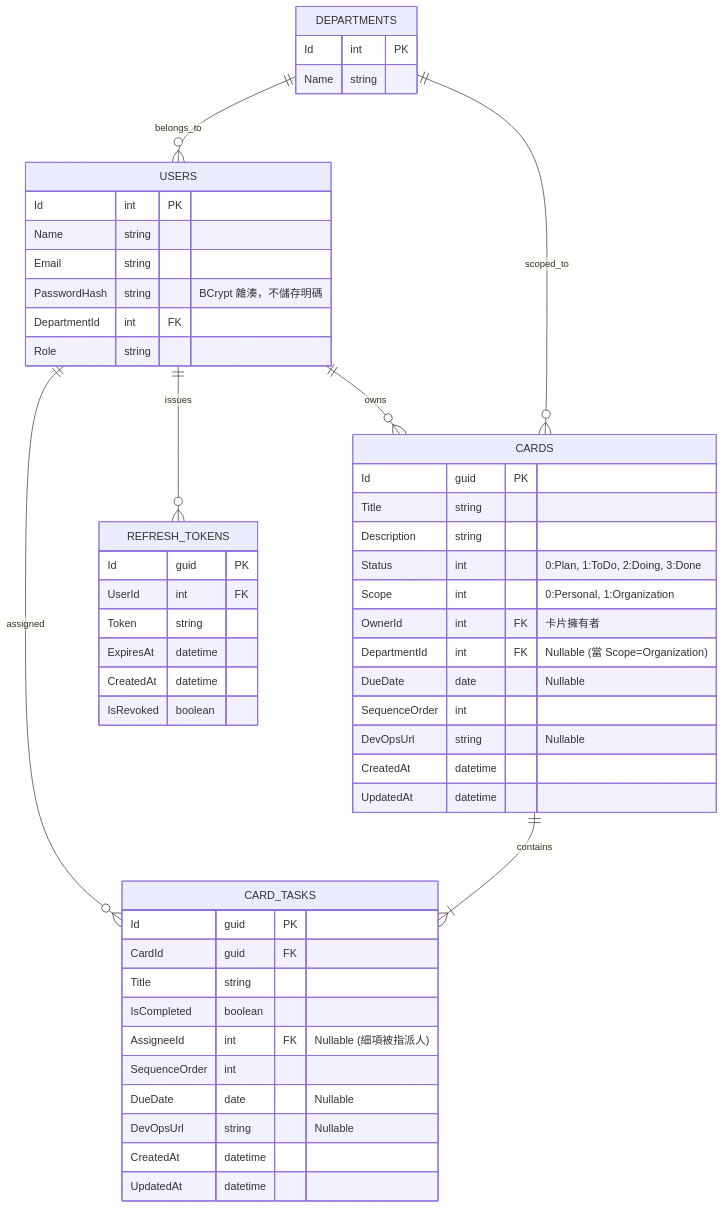
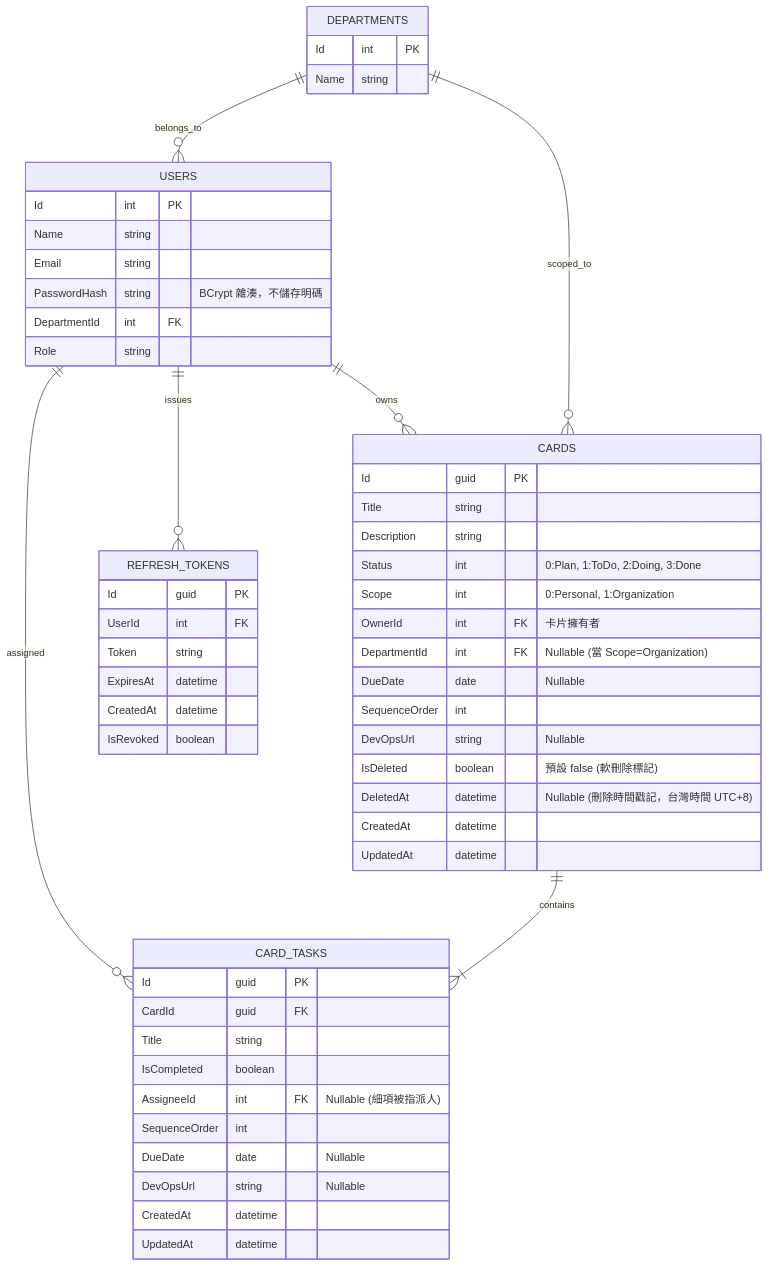
Before and after one commit to JamesFu168/Dashboard: the second of 2 diagrams in kanban_system_architecture_plan.md, drawn with Mermaid. The commit also changed other lines of this file and 2 other files, not shown here.

Commit message:
feat: 在 CARDS 資料表中新增 IsDeleted 與 DeletedAt 欄位以支援軟刪除功能 feat: 更新實作計畫，加入軟刪除與回收桶相關 API 端點 docs: 更新系統架構規劃書，加入軟刪除與回收桶功能的說明

````diff
--- a/kanban_system_architecture_plan.md
+++ b/kanban_system_architecture_plan.md
@@ -45,61 +51,63 @@
 ```mermaid
 erDiagram
     USERS ||--o{ CARDS : owns
     USERS ||--o{ CARD_TASKS : assigned
     DEPARTMENTS ||--o{ USERS : belongs_to
     DEPARTMENTS ||--o{ CARDS : scoped_to
     CARDS ||--|{ CARD_TASKS : contains
 
     USERS ||--o{ REFRESH_TOKENS : issues
 
     USERS {
         Id int PK
         Name string
         Email string
         PasswordHash string "BCrypt 雜湊，不儲存明碼"
         DepartmentId int FK
         Role string
     }
 
     DEPARTMENTS {
         Id int PK
         Name string
     }
 
     REFRESH_TOKENS {
         Id guid PK
         UserId int FK
         Token string
         ExpiresAt datetime
         CreatedAt datetime
         IsRevoked boolean
     }
 
     CARDS {
         Id guid PK
         Title string
         Description string
         Status int "0:Plan, 1:ToDo, 2:Doing, 3:Done"
         Scope int "0:Personal, 1:Organization"
         OwnerId int FK "卡片擁有者"
         DepartmentId int FK "Nullable (當 Scope=Organization)"
         DueDate date "Nullable"
         SequenceOrder int
         DevOpsUrl string "Nullable"
+        IsDeleted boolean "預設 false (軟刪除標記)"
+        DeletedAt datetime "Nullable (刪除時間戳記，台灣時間 UTC+8)"
         CreatedAt datetime
         UpdatedAt datetime
     }
 
     CARD_TASKS {
         Id guid PK
         CardId guid FK
         Title string
         IsCompleted boolean
         AssigneeId int FK "Nullable (細項被指派人)"
         SequenceOrder int
         DueDate date "Nullable"
         DevOpsUrl string "Nullable"
         CreatedAt datetime
         UpdatedAt datetime
     }
 ```
````
